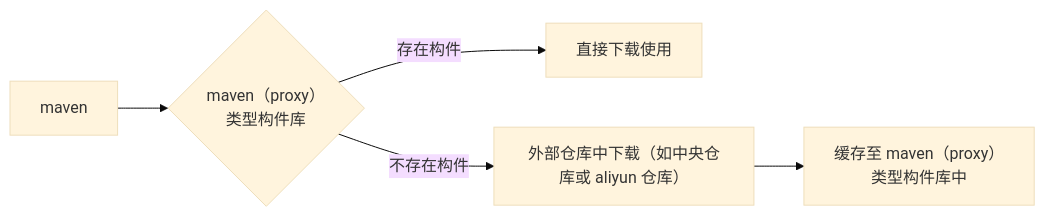
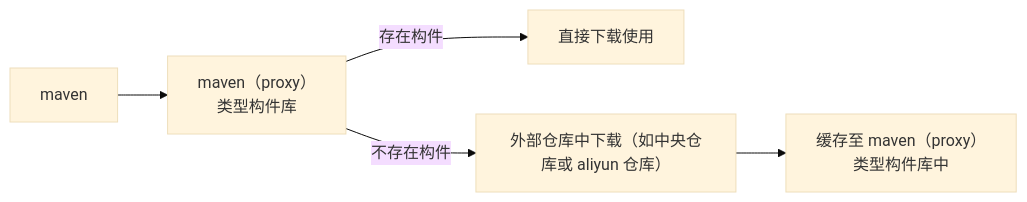
Before and after one commit to Alberthua-Perl/tech-docs: the second of 2 diagrams in DevOps 技术栈/Jenkins 的 CICD 之旅/Nexus3 的部署与私服设置/Nexus3 的部署与私服设置.md, drawn with Mermaid (base theme). The commit also changed other lines of this file and 78 other files, not shown here.

````diff
--- a/DevOps 技术栈/Jenkins 的 CICD 之旅/Nexus3 的部署与私服设置/Nexus3 的部署与私服设置.md
+++ b/DevOps 技术栈/Jenkins 的 CICD 之旅/Nexus3 的部署与私服设置/Nexus3 的部署与私服设置.md
@@ -426,9 +429,9 @@
 ```mermaid
 graph LR
-  A[maven]-->B{maven（proxy）
-  类型构件库};
-  B-->|存在构件| C[直接下载使用];
-  B-->|不存在构件| D[外部仓库中下载（如中央仓库或 aliyun 仓库）];
-  D-->E[缓存至 maven（proxy）
-  类型构件库中];
+  A[maven] --> B[maven（proxy）
+  类型构件库]
+  B --> |存在构件| C[直接下载使用]
+  B --> |不存在构件| D[外部仓库中下载（如中央仓库或 aliyun 仓库）]
+  D --> E[缓存至 maven（proxy）
+  类型构件库中]
 ```
````
